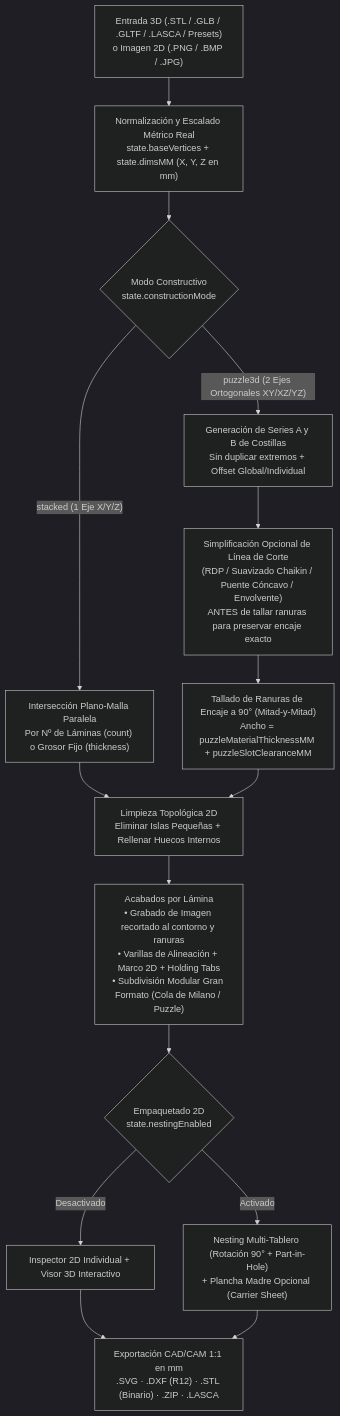
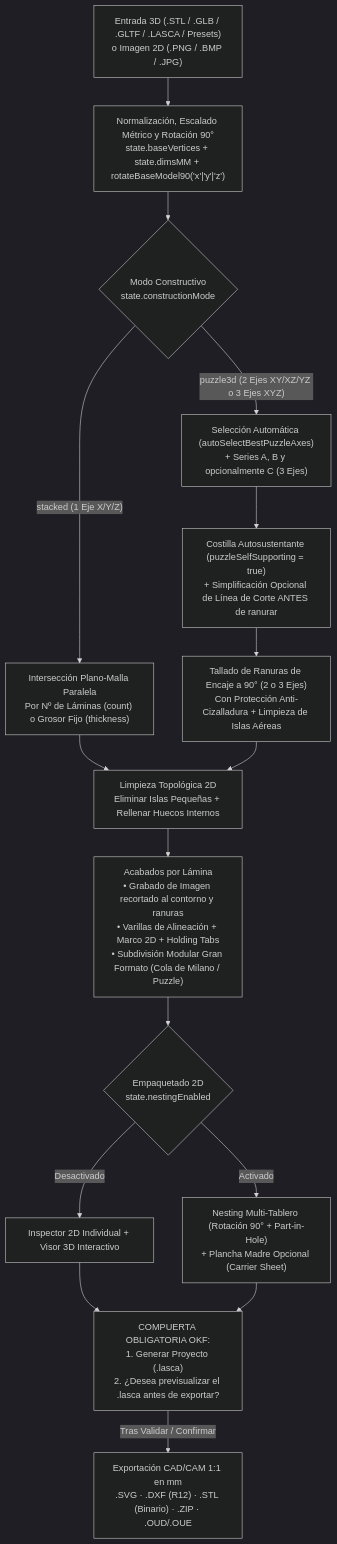
Before and after one commit to nmarafo/layerstudio3D: the diagram in okf/arquitectura_okf.md, drawn with Mermaid (dark theme). The commit also changed other lines of this file and 7 other files, not shown here.

Commit message:
feat(okf): v3.0.15 protocol for mandatory .lasca preview before export + self-supporting ribs & 3-axis schema

````diff
--- a/okf/arquitectura_okf.md
+++ b/okf/arquitectura_okf.md
@@ -24,17 +24,18 @@
 ```mermaid
 flowchart TD
-    A["Entrada 3D (.STL / .GLB / .GLTF / .LASCA / Presets)<br/>o Imagen 2D (.PNG / .BMP / .JPG)"] --> B["Normalización y Escalado Métrico Real<br/>state.baseVertices + state.dimsMM (X, Y, Z en mm)"]
+    A["Entrada 3D (.STL / .GLB / .GLTF / .LASCA / Presets)<br/>o Imagen 2D (.PNG / .BMP / .JPG)"] --> B["Normalización, Escalado Métrico y Rotación 90°<br/>state.baseVertices + state.dimsMM + rotateBaseModel90('x'|'y'|'z')"]
     B --> C{"Modo Constructivo<br/>state.constructionMode"}
     C -->|"stacked (1 Eje X/Y/Z)"| D["Intersección Plano-Malla Paralela<br/>Por Nº de Láminas (count) o Grosor Fijo (thickness)"]
-    C -->|"puzzle3d (2 Ejes Ortogonales XY/XZ/YZ)"| E["Generación de Series A y B de Costillas<br/>Sin duplicar extremos + Offset Global/Individual"]
-    E --> F["Simplificación Opcional de Línea de Corte<br/>(RDP / Suavizado Chaikin / Puente Cóncavo / Envolvente)<br/>ANTES de tallar ranuras para preservar encaje exacto"]
-    F --> G["Tallado de Ranuras de Encaje a 90° (Mitad-y-Mitad)<br/>Ancho = puzzleMaterialThicknessMM + puzzleSlotClearanceMM"]
+    C -->|"puzzle3d (2 Ejes XY/XZ/YZ o 3 Ejes XYZ)"| E["Selección Automática (autoSelectBestPuzzleAxes)<br/>+ Series A, B y opcionalmente C (3 Ejes)"]
+    E --> F["Costilla Autosustentante (puzzleSelfSupporting = true)<br/>+ Simplificación Opcional de Línea de Corte ANTES de ranurar"]
+    F --> G["Tallado de Ranuras de Encaje a 90° (2 o 3 Ejes)<br/>Con Protección Anti-Cizalladura + Limpieza de Islas Aéreas"]
     D --> H["Limpieza Topológica 2D<br/>Eliminar Islas Pequeñas + Rellenar Huecos Internos"]
     G --> H
     H --> I["Acabados por Lámina<br/>• Grabado de Imagen recortado al contorno y ranuras<br/>• Varillas de Alineación + Marco 2D + Holding Tabs<br/>• Subdivisión Modular Gran Formato (Cola de Milano / Puzzle)"]
     I --> J{"Empaquetado 2D<br/>state.nestingEnabled"}
     J -->|"Desactivado"| K["Inspector 2D Individual + Visor 3D Interactivo"]
     J -->|"Activado"| L["Nesting Multi-Tablero (Rotación 90° + Part-in-Hole)<br/>+ Plancha Madre Opcional (Carrier Sheet)"]
-    K --> M["Exportación CAD/CAM 1:1 en mm<br/>.SVG · .DXF (R12) · .STL (Binario) · .ZIP · .LASCA"]
-    L --> M
+    K --> P["COMPUERTA OBLIGATORIA OKF:<br/>1. Generar Proyecto (.lasca)<br/>2. ¿Desea previsualizar el .lasca antes de exportar?"]
+    L --> P
+    P -->|"Tras Validar / Confirmar"| M["Exportación CAD/CAM 1:1 en mm<br/>.SVG · .DXF (R12) · .STL (Binario) · .ZIP · .OUD/.OUE"]
 ```
````
